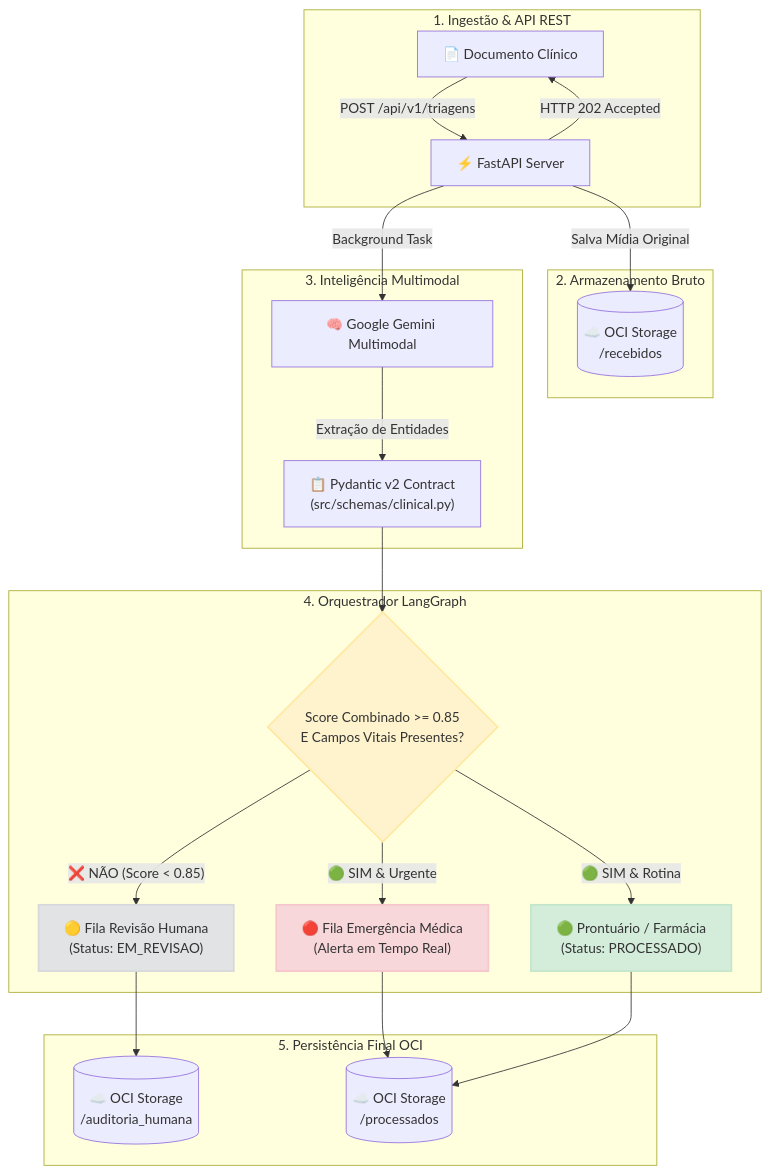
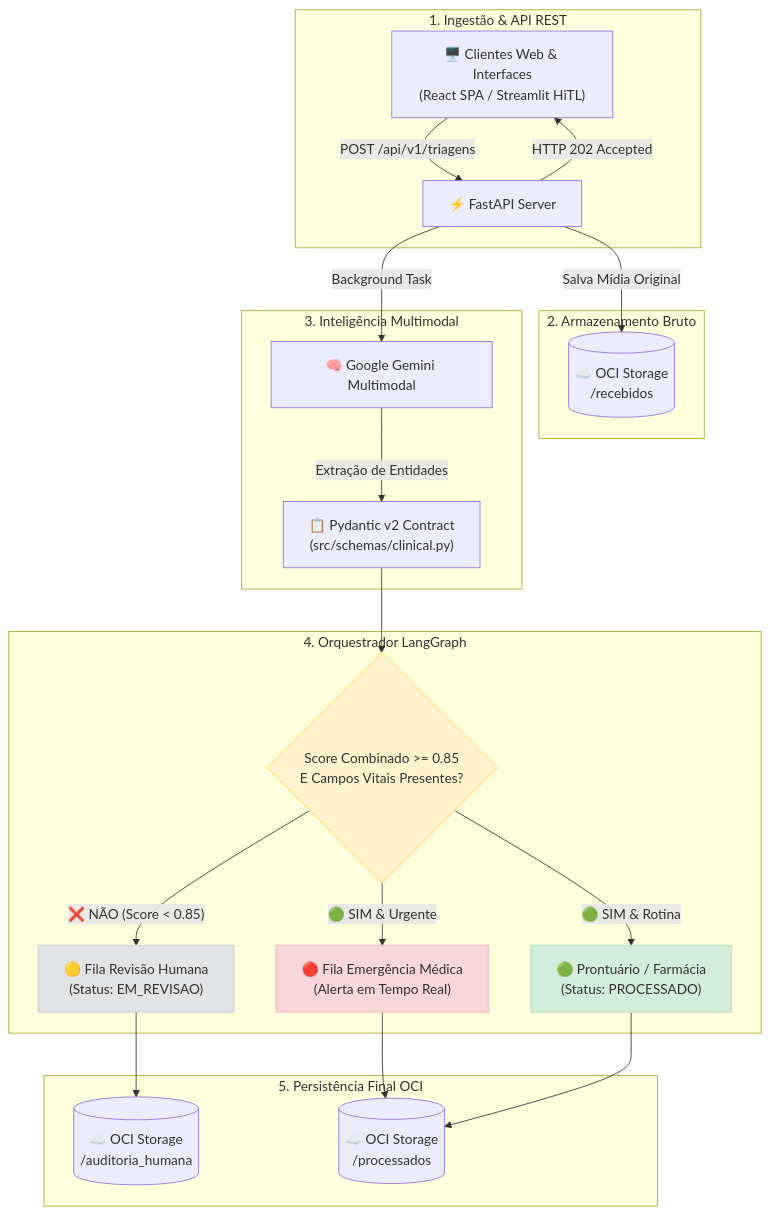
The diagram in README.md (No-Country-simulation/g10-brasil-equipe-15_mediflow), drawn with Mermaid before and after one commit. The commit also changed other lines of this file and 2 other files, not shown here.

````diff
--- a/README.md
+++ b/README.md
@@ -66,35 +67,35 @@
 ```mermaid
 flowchart TD
     subgraph INGESTION["1. Ingestão & API REST"]
-        A["📄 Documento Clínico"] -->|POST /api/v1/triagens| B["⚡ FastAPI Server"]
+        A["🖥️ Clientes Web & Interfaces<br/>(React SPA / Streamlit HiTL)"] -->|POST /api/v1/triagens| B["⚡ FastAPI Server"]
         B -->|HTTP 202 Accepted| A
     end
 
     subgraph OCI_IN["2. Armazenamento Bruto"]
         B -->|Salva Mídia Original| C[("☁️ OCI Storage<br/>/recebidos")]
     end
 
     subgraph AI_ENGINE["3. Inteligência Multimodal"]
         B -->|Background Task| D["🧠 Google Gemini Multimodal"]
         D -->|Extração de Entidades| E["📋 Pydantic v2 Contract<br/>(src/schemas/clinical.py)"]
     end
 
     subgraph ROUTING["4. Orquestrador LangGraph"]
         E --> F{"Score Combinado >= 0.85<br/>E Campos Vitais Presentes?"}
         
         F -- ❌ NÃO (Score < 0.85) --> G1["🟡 Fila Revisão Humana<br/>(Status: EM_REVISAO)"]
         F -- 🟢 SIM & Urgente --> G2["🔴 Fila Emergência Médica<br/>(Alerta em Tempo Real)"]
         F -- 🟢 SIM & Rotina --> G3["🟢 Prontuário / Farmácia<br/>(Status: PROCESSADO)"]
     end
 
     subgraph OCI_OUT["5. Persistência Final OCI"]
         G1 --> H1[("☁️ OCI Storage<br/>/auditoria_humana")]
         G2 --> H2[("☁️ OCI Storage<br/>/processados")]
         G3 --> H2
     end
 
     style F fill:#FFF3CD,stroke:#FFE8A1,stroke-width:2px
     style G2 fill:#F8D7DA,stroke:#F5C6CB,stroke-width:2px
     style G1 fill:#E2E3E5,stroke:#D6D8DB,stroke-width:2px
     style G3 fill:#D4EDDA,stroke:#C3E6CB,stroke-width:2px
 ```
````
